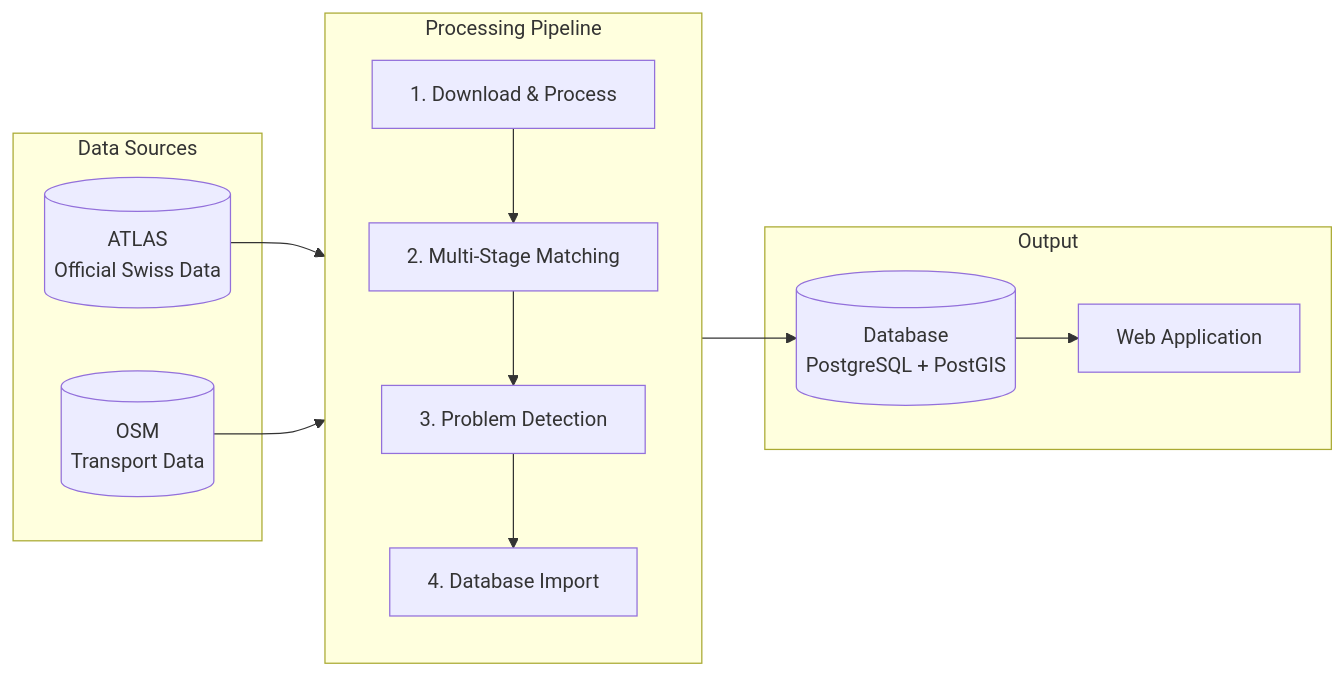
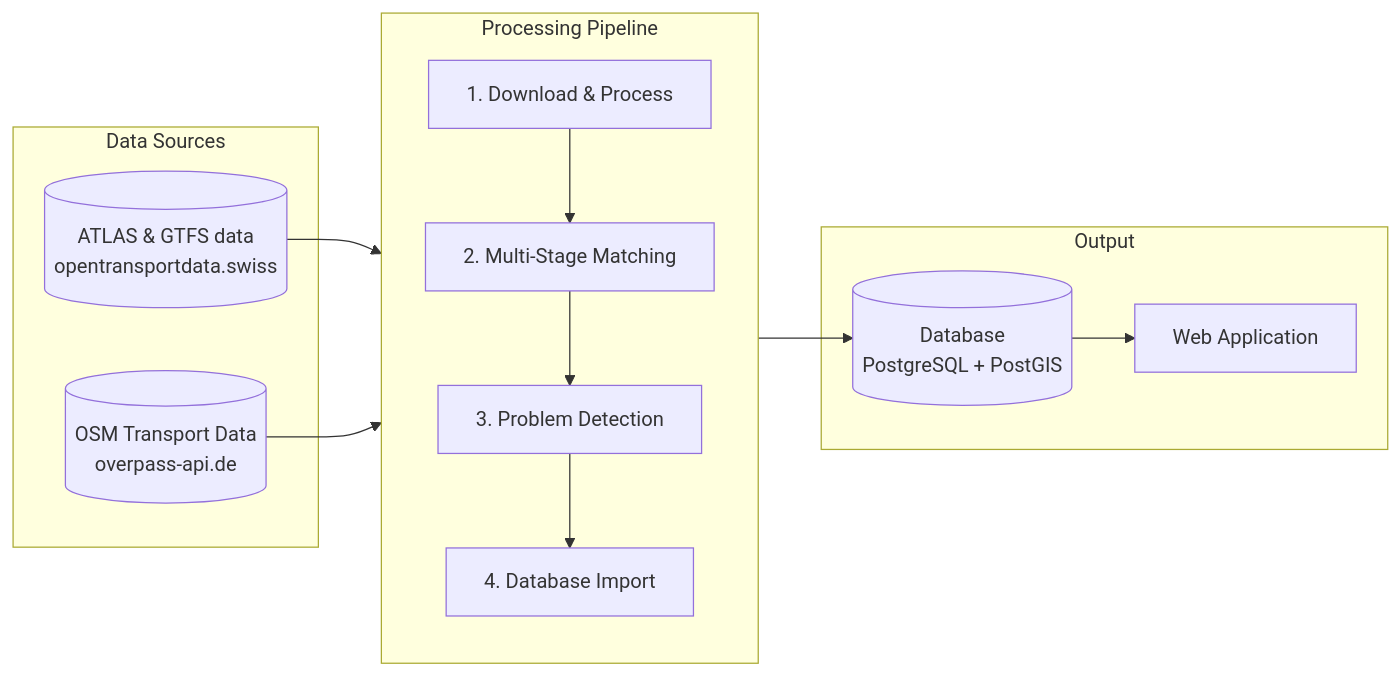
Before and after one commit to openTdataCH/stop_sync_osm_atlas: the second of 2 diagrams in documentation/0. Intro.md, drawn with Mermaid. The commit also changed other lines of this file and 2 other files, not shown here.

````diff
--- a/documentation/0. Intro.md
+++ b/documentation/0. Intro.md
@@ -59,26 +58,26 @@
 ```mermaid
 flowchart LR
     subgraph Sources["Data Sources"]
-        A[("ATLAS<br/>Official Swiss Data")]
-        O[("OSM<br/>Transport Data")]
+        A[("ATLAS & GTFS data<br/>opentransportdata.swiss")]
+        O[("OSM Transport Data<br/>overpass-api.de")]
     end
 
     subgraph Pipeline["Processing Pipeline"]
         direction TB
         D["1. Download & Process"]
         M["2. Multi-Stage Matching"]
         P["3. Problem Detection"]
         I["4. Database Import"]
         D --> M --> P --> I
     end
 
     subgraph Output["Output"]
         DB[("Database<br/>PostgreSQL + PostGIS")]
         W["Web Application"]
         DB --> W
     end
 
     A --> D
     O --> D
     I --> DB
 ```
````
